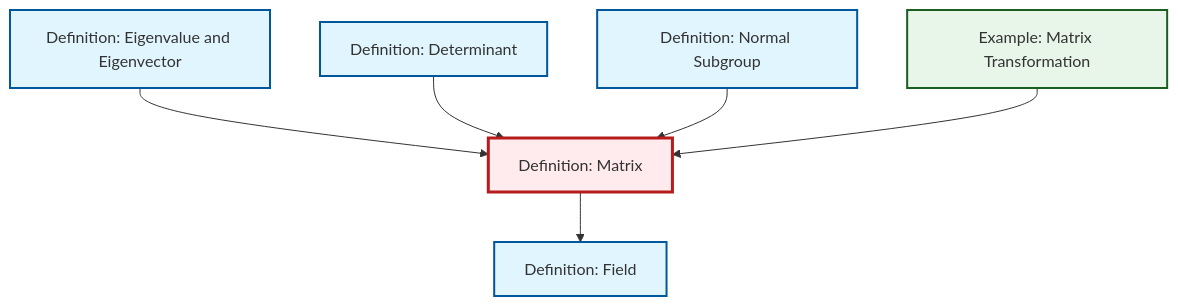
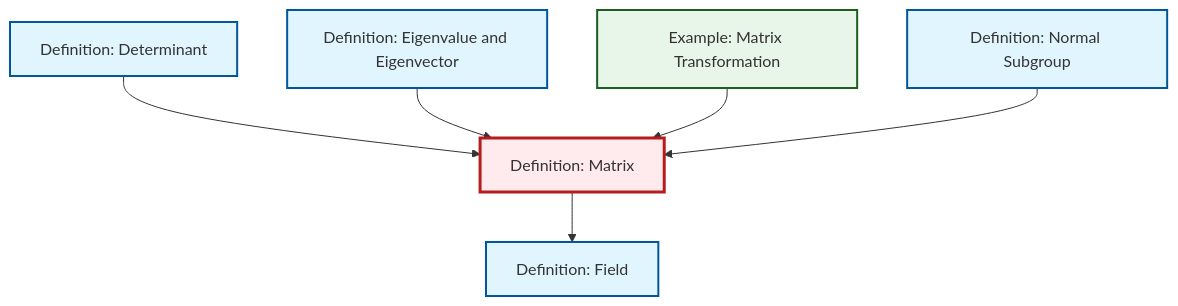
One commit to RK0429/ModernMath changed the diagram in content/ja/algebra/def-matrix.qmd. Above: the diagram before and after it, drawn with Mermaid. The commit also changed other lines of this file and 619 other files, not shown here.

````diff
--- a/content/ja/algebra/def-matrix.qmd
+++ b/content/ja/algebra/def-matrix.qmd
@@ -60,26 +60,26 @@
 ```{mermaid}
 %%| fig-cap: "Local dependency graph"
 graph TD
     classDef definition fill:#e1f5fe,stroke:#01579b,stroke-width:2px
     classDef theorem fill:#f3e5f5,stroke:#4a148c,stroke-width:2px
     classDef axiom fill:#fff3e0,stroke:#e65100,stroke-width:2px
     classDef example fill:#e8f5e9,stroke:#1b5e20,stroke-width:2px
     classDef current fill:#ffebee,stroke:#b71c1c,stroke-width:3px
+    def-normal-subgroup["Definition: Normal Subgroup"]:::definition
+    def-determinant["Definition: Determinant"]:::definition
+    def-eigenvalue-eigenvector["Definition: Eigenvalue and Eigenvector"]:::definition
     ex-matrix-transformation["Example: Matrix Transformation"]:::example
+    def-matrix["Definition: Matrix"]:::definition
     def-field["Definition: Field"]:::definition
-    def-determinant["Definition: Determinant"]:::definition
-    def-matrix["Definition: Matrix"]:::definition
-    def-normal-subgroup["Definition: Normal Subgroup"]:::definition
-    def-eigenvalue-eigenvector["Definition: Eigenvalue and Eigenvector"]:::definition
+    def-determinant --> def-matrix
     def-eigenvalue-eigenvector --> def-matrix
     def-matrix --> def-field
-    def-determinant --> def-matrix
+    ex-matrix-transformation --> def-matrix
     def-normal-subgroup --> def-matrix
-    ex-matrix-transformation --> def-matrix
     class def-matrix current
+    click def-normal-subgroup "def-normal-subgroup.html" "Definition: Normal Subgroupへ"
+    click def-determinant "def-determinant.html" "Definition: Determinantへ"
+    click def-eigenvalue-eigenvector "def-eigenvalue-eigenvector.html" "Definition: Eigenvalue and Eigenvectorへ"
     click ex-matrix-transformation "ex-matrix-transformation.html" "Example: Matrix Transformationへ"
     click def-field "def-field.html" "Definition: Fieldへ"
-    click def-determinant "def-determinant.html" "Definition: Determinantへ"
-    click def-normal-subgroup "def-normal-subgroup.html" "Definition: Normal Subgroupへ"
-    click def-eigenvalue-eigenvector "def-eigenvalue-eigenvector.html" "Definition: Eigenvalue and Eigenvectorへ"
 ```
````
